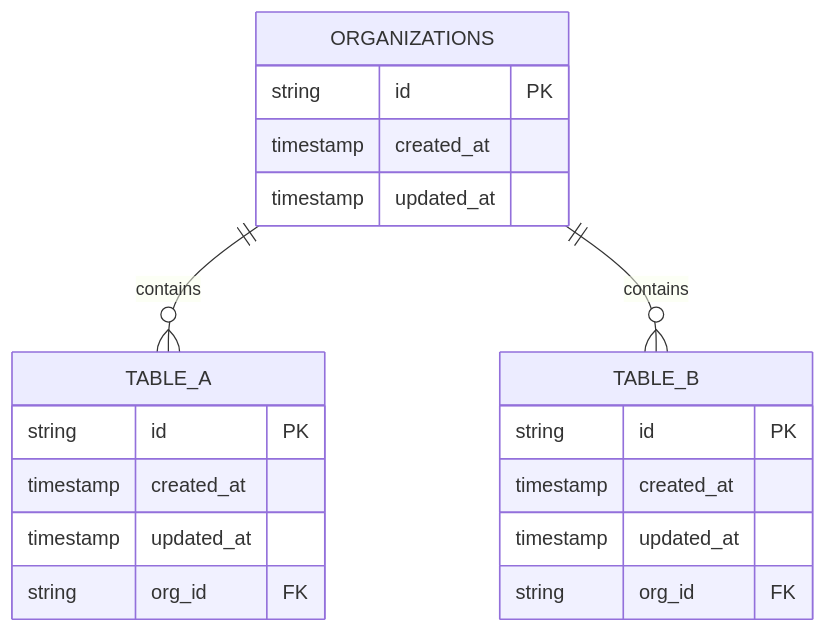
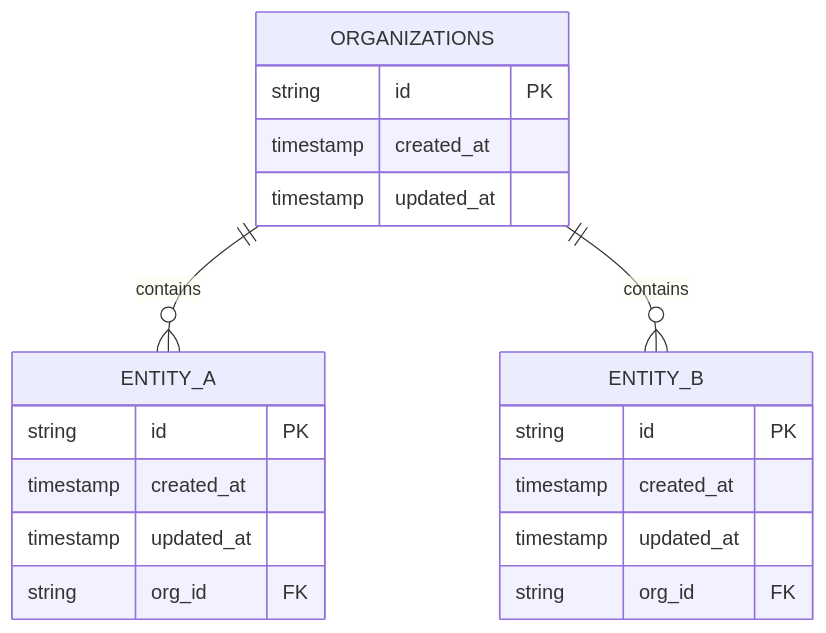
The diagram in docs/contributing/go/sql.md (SigNoz/signoz), drawn with Mermaid before and after one commit. The commit also changed other lines of this file, not shown here.

````diff
--- a/docs/contributing/go/sql.md
+++ b/docs/contributing/go/sql.md
@@ -51,23 +50,23 @@
 ```mermaid
 erDiagram
     ORGANIZATIONS {
         string id PK
         timestamp created_at
         timestamp updated_at
     }
-    TABLE_A {
+    ENTITY_A {
         string id PK
         timestamp created_at
         timestamp updated_at
         string org_id FK
     }
-    TABLE_B {
+    ENTITY_B {
         string id PK
         timestamp created_at
         timestamp updated_at
         string org_id FK
     }
     
-    ORGANIZATIONS ||--o{ TABLE_A : contains
-    ORGANIZATIONS ||--o{ TABLE_B : contains
+    ORGANIZATIONS ||--o{ ENTITY_A : contains
+    ORGANIZATIONS ||--o{ ENTITY_B : contains
 ```
````
